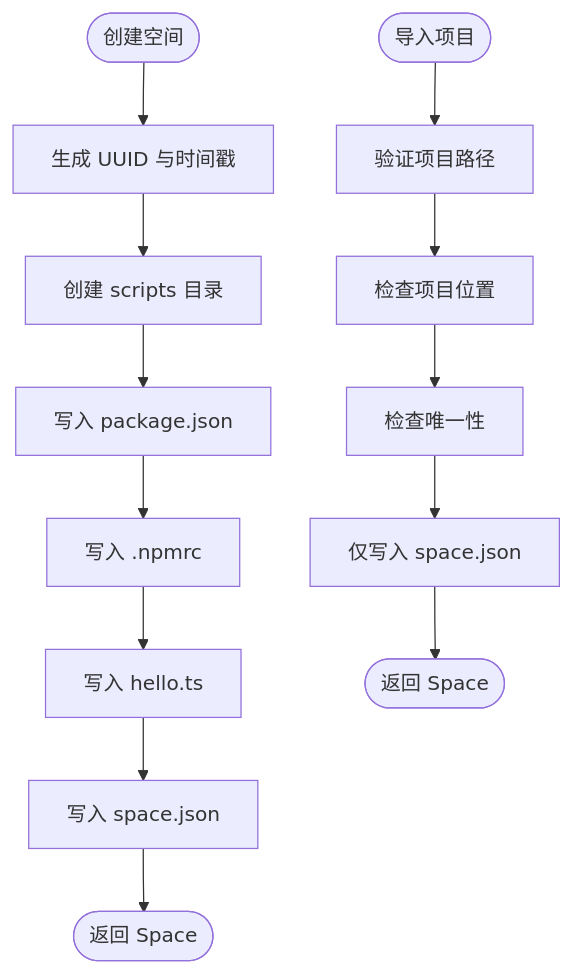
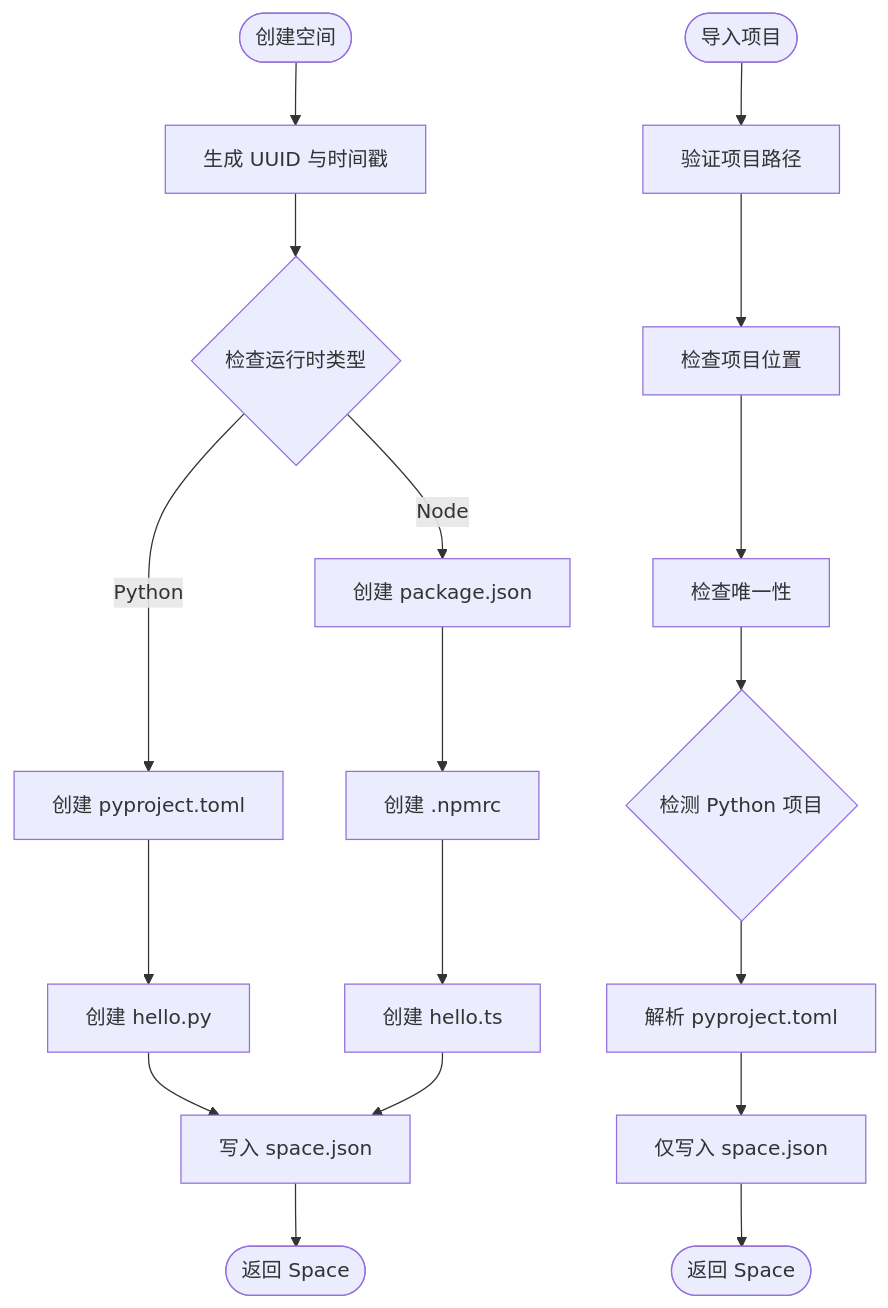
One commit to hozeeee/script-box changed diagram 13 of 13 in .qoder/repowiki/zh/content/核心服务层/Space 服务（项目空间管理）.md. Above: the diagram before and after it, drawn with Mermaid. The commit also changed other lines of this file and 6 other files, not shown here.

First line of the commit message:
feat(runtime): 支持多运行时管理，新增 Python 运行时支持

````diff
--- a/.qoder/repowiki/zh/content/核心服务层/Space 服务（项目空间管理）.md
+++ b/.qoder/repowiki/zh/content/核心服务层/Space 服务（项目空间管理）.md
@@ -486,15 +627,20 @@
 ```mermaid
 flowchart TD
 Start(["创建空间"]) --> GenId["生成 UUID 与时间戳"]
-GenId --> MakeScripts["创建 scripts 目录"]
-MakeScripts --> WritePkg["写入 package.json"]
-WritePkg --> WriteNpmrc["写入 .npmrc"]
-WriteNpmrc --> WriteWelcome["写入 hello.ts"]
-WriteWelcome --> WriteMeta["写入 space.json"]
+GenId --> CheckRuntime{"检查运行时类型"}
+CheckRuntime --> |Python| CreatePyproject["创建 pyproject.toml"]
+CheckRuntime --> |Node| CreatePackage["创建 package.json"]
+CreatePyproject --> CreateWelcomePy["创建 hello.py"]
+CreatePackage --> CreateNpmrc["创建 .npmrc"]
+CreateNpmrc --> CreateWelcomeTs["创建 hello.ts"]
+CreateWelcomePy --> WriteMeta["写入 space.json"]
+CreateWelcomeTs --> WriteMeta
 WriteMeta --> End(["返回 Space"])
 ImportStart(["导入项目"]) --> ValidatePath["验证项目路径"]
 ValidatePath --> CheckLocation["检查项目位置"]
 CheckLocation --> CheckUnique["检查唯一性"]
-CheckUnique --> WriteMetaOnly["仅写入 space.json"]
+CheckUnique --> DetectPython{"检测 Python 项目"}
+DetectPython --> ParsePyproject["解析 pyproject.toml"]
+ParsePyproject --> WriteMetaOnly["仅写入 space.json"]
 WriteMetaOnly --> ImportEnd(["返回 Space"])
 ```
````
